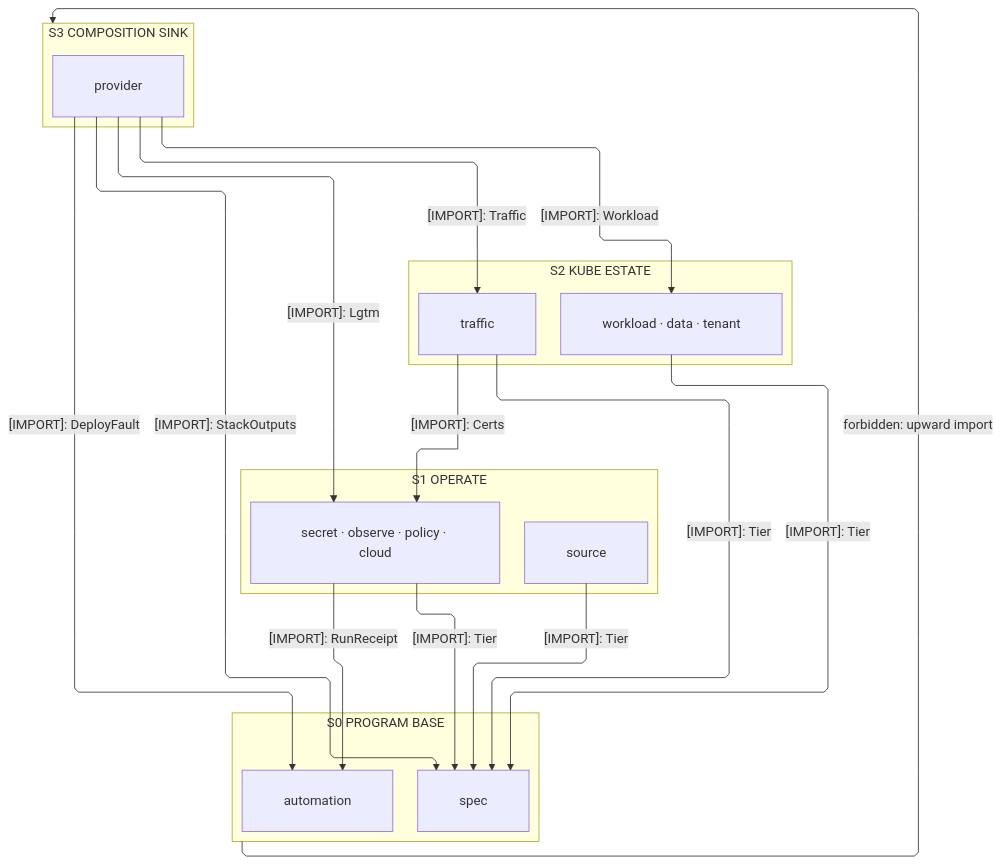
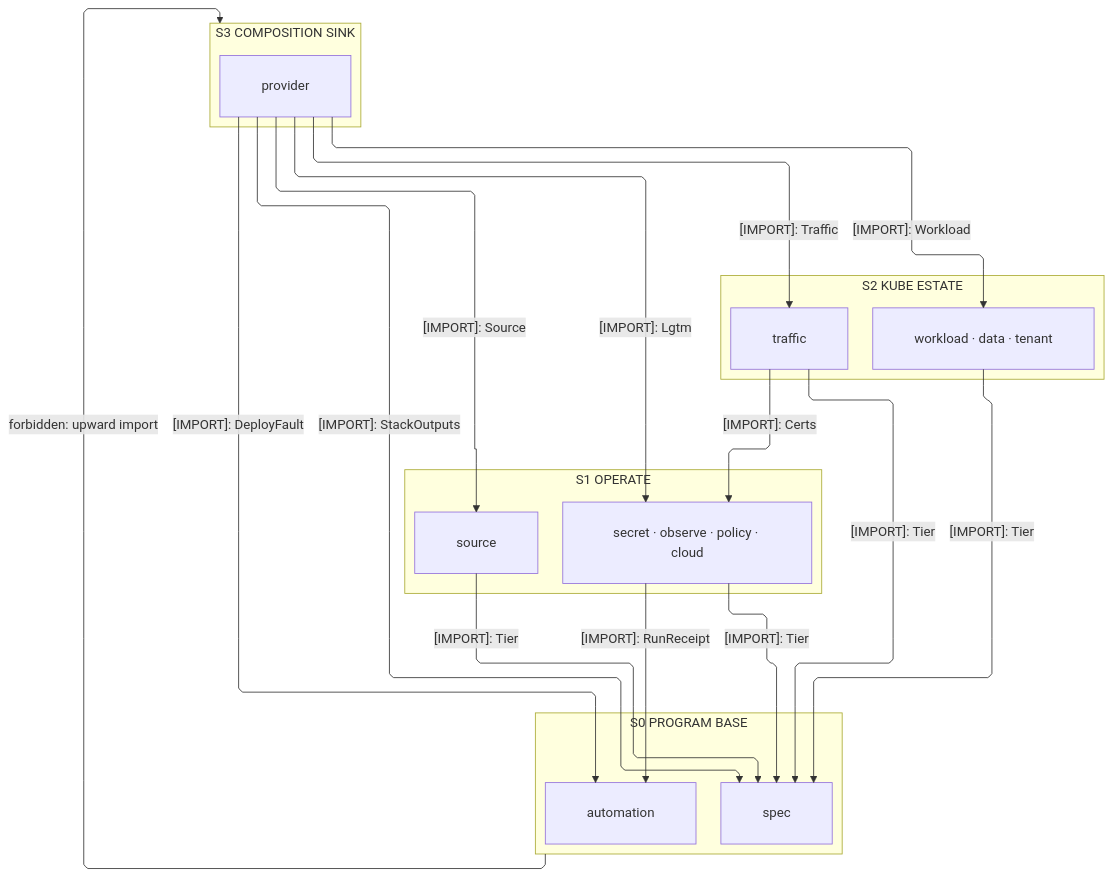
One commit to bsamiee/Rasm changed the first of 2 diagrams in libs/typescript/iac/ARCHITECTURE.md. Above: the diagram before and after it, drawn with Mermaid. The commit also changed other lines of this file and 124 other files, not shown here.

First line of the commit message:
planning registries: ARCHITECTURE/README/IDEAS/TASKLOG/RULINGS + csproj, campaign-method, CLAUDE.md

````diff
--- a/libs/typescript/iac/ARCHITECTURE.md
+++ b/libs/typescript/iac/ARCHITECTURE.md
@@ -34,39 +34,40 @@
 ```mermaid
 ---
 config:
   layout: elk
   flowchart:
     curve: linear
     padding: 25
 ---
 flowchart TB
     accTitle: Iac interior import strata
     accDescr: Four interior waves — the provider composition sink over the kube estate over the operate plane onto the spec and automation co-base — every import downward, labeled edges naming one sourced type each, and one edge marking the forbidden upward import.
     subgraph S3["S3 COMPOSITION SINK"]
         Provider[provider]
     end
     subgraph S2["S2 KUBE ESTATE"]
         Kube["workload · data · tenant"]
         Traffic[traffic]
     end
     subgraph S1["S1 OPERATE"]
         Operate["secret · observe · policy · cloud"]
         Source[source]
     end
     subgraph S0["S0 PROGRAM BASE"]
         Spec[spec]
         Automation[automation]
     end
     Operate e1@-->|"[IMPORT]: Tier"| Spec
     Operate e2@-->|"[IMPORT]: RunReceipt"| Automation
     Source e3@-->|"[IMPORT]: Tier"| Spec
     Kube e4@-->|"[IMPORT]: Tier"| Spec
     Traffic e5@-->|"[IMPORT]: Tier"| Spec
     Traffic e6@-->|"[IMPORT]: Certs"| Operate
     Provider e7@-->|"[IMPORT]: StackOutputs"| Spec
     Provider e8@-->|"[IMPORT]: DeployFault"| Automation
     Provider e9@-->|"[IMPORT]: Workload"| Kube
     Provider e10@-->|"[IMPORT]: Traffic"| Traffic
     Provider e11@-->|"[IMPORT]: Lgtm"| Operate
+    Provider e12@-->|"[IMPORT]: Source"| Source
     S0 f1@-->|"forbidden: upward import"| S3
 ```
````
